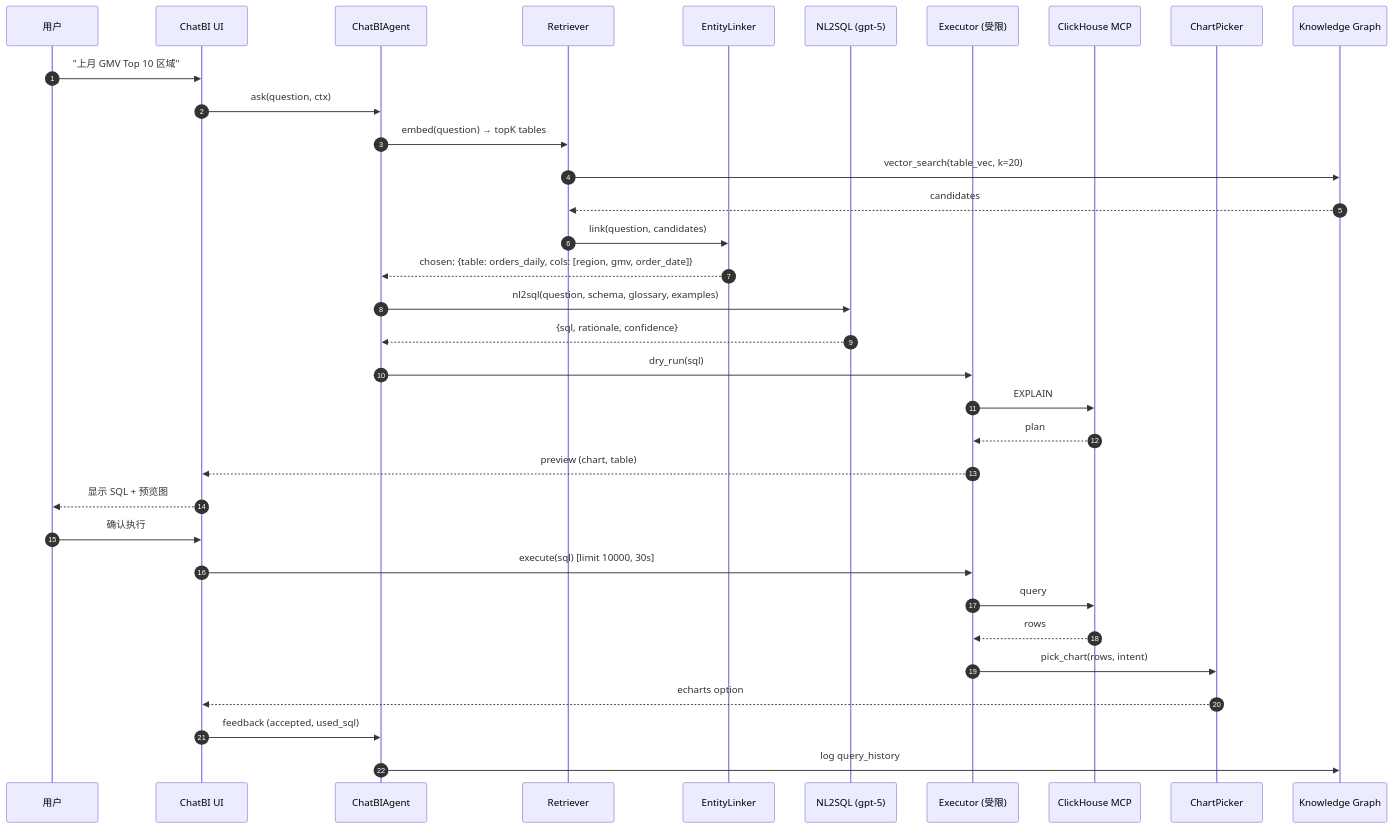
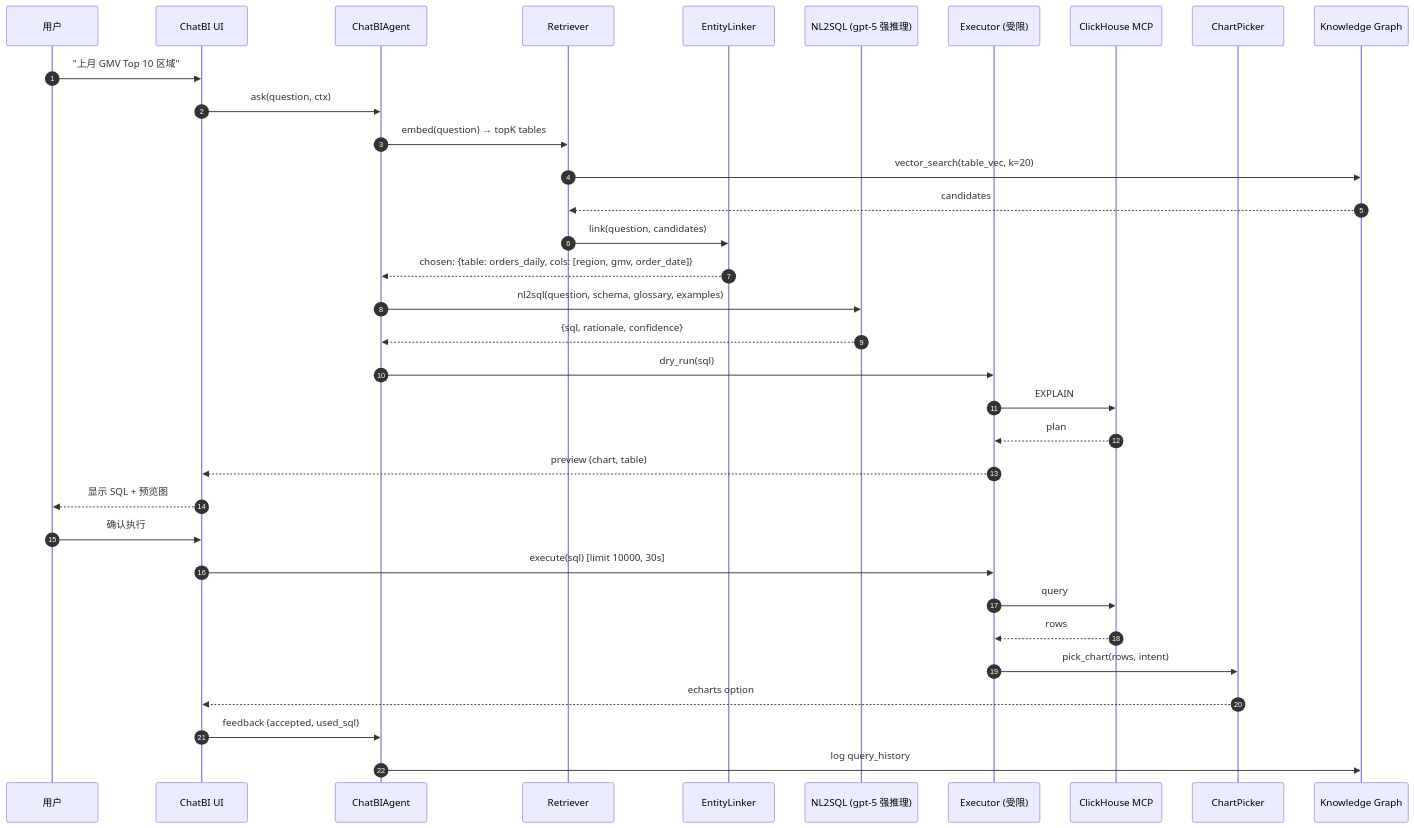
One commit to gavenlv/idm changed the first of 3 diagrams in docs/design/chatbi-design.md. Above: the diagram before and after it, drawn with Mermaid. The commit also changed 140 other files, not shown here.

````diff
--- a/docs/design/chatbi-design.md
+++ b/docs/design/chatbi-design.md
@@ -46,37 +46,37 @@
 ```mermaid
 sequenceDiagram
     autonumber
     participant U as 用户
     participant CB as ChatBI UI
     participant CR as ChatBIAgent
     participant RET as Retriever
     participant EL as EntityLinker
-    participant NL as NL2SQL (gpt-5)
+    participant NL as NL2SQL (gpt-5 强推理)
     participant EX as Executor (受限)
     participant CH as ClickHouse MCP
     participant VIS as ChartPicker
     participant KG as Knowledge Graph
 
     U->>CB: "上月 GMV Top 10 区域"
     CB->>CR: ask(question, ctx)
     CR->>RET: embed(question) → topK tables
     RET->>KG: vector_search(table_vec, k=20)
     KG-->>RET: candidates
     RET->>EL: link(question, candidates)
     EL-->>CR: chosen: {table: orders_daily, cols: [region, gmv, order_date]}
     CR->>NL: nl2sql(question, schema, glossary, examples)
     NL-->>CR: {sql, rationale, confidence}
     CR->>EX: dry_run(sql)
     EX->>CH: EXPLAIN
     CH-->>EX: plan
     EX-->>CB: preview (chart, table)
     CB-->>U: 显示 SQL + 预览图
     U->>CB: 确认执行
     CB->>EX: execute(sql) [limit 10000, 30s]
     EX->>CH: query
     CH-->>EX: rows
     EX->>VIS: pick_chart(rows, intent)
     VIS-->>CB: echarts option
     CB->>CR: feedback (accepted, used_sql)
     CR->>KG: log query_history
 ```
````
